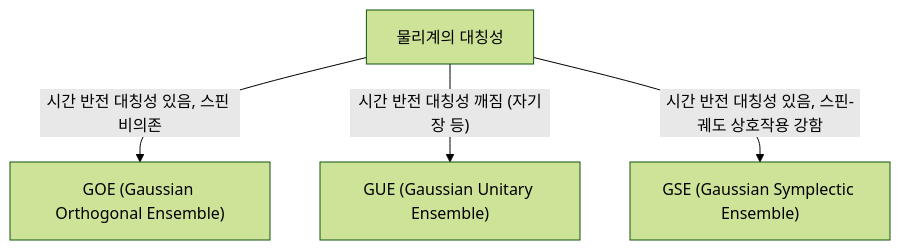
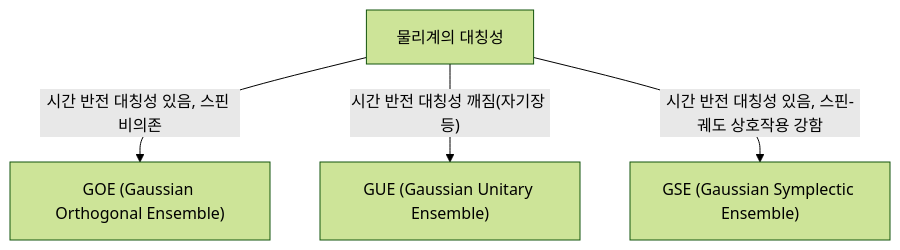
The diagram in content/post/random-matrix-theory/index.ko.md (kenjinote/blog), drawn with Mermaid (forest theme) before and after one commit. The commit also changed other lines of this file and 11 other files, not shown here.

````diff
--- a/content/post/random-matrix-theory/index.ko.md
+++ b/content/post/random-matrix-theory/index.ko.md
@@ -43,6 +43,6 @@
 ```mermaid
 graph TD
     A["물리계의 대칭성"] -- "시간 반전 대칭성 있음, 스핀 비의존" --> B["GOE (Gaussian Orthogonal Ensemble)"]
-    A -- "시간 반전 대칭성 깨짐 (자기장 등)" --> C["GUE (Gaussian Unitary Ensemble)"]
+    A -- "시간 반전 대칭성 깨짐(자기장 등)" --> C["GUE (Gaussian Unitary Ensemble)"]
     A -- "시간 반전 대칭성 있음, 스핀-궤도 상호작용 강함" --> D["GSE (Gaussian Symplectic Ensemble)"]
 ```
````
